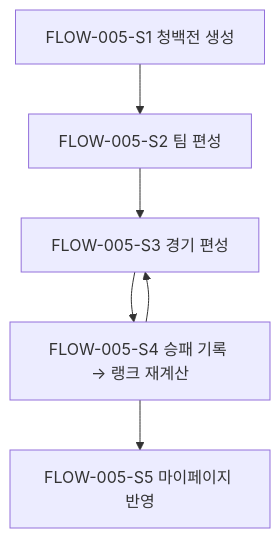
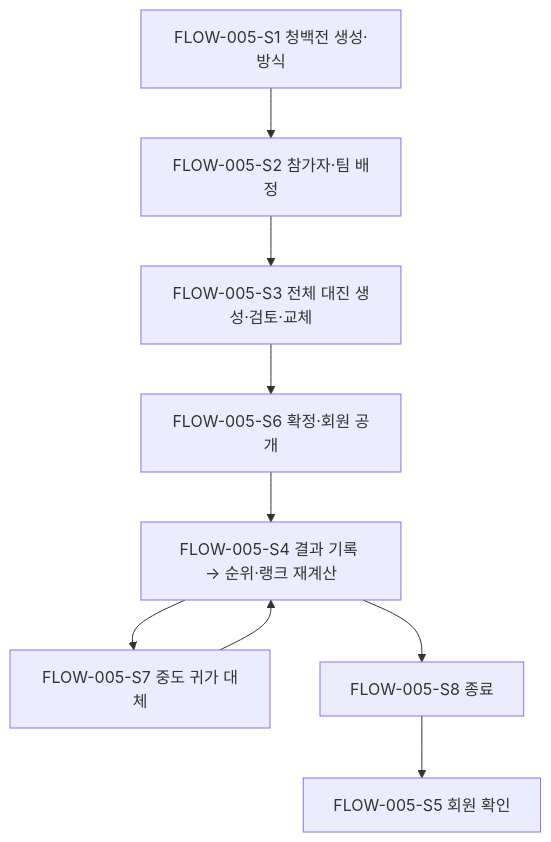
The fifth of 8 diagrams in docs/planning/04-user-flows.md (hoik-ryu/badminton-playbook), drawn with Mermaid before and after one commit. The commit also changed other lines of this file and 5 other files, not shown here.

````diff
--- a/docs/planning/04-user-flows.md
+++ b/docs/planning/04-user-flows.md
@@ -154,8 +171,11 @@
 ```mermaid
 flowchart TD
-  S1[FLOW-005-S1 청백전 생성] --> S2[FLOW-005-S2 팀 편성]
-  S2 --> S3[FLOW-005-S3 경기 편성]
-  S3 --> S4[FLOW-005-S4 승패 기록 → 랭크 재계산]
-  S4 --> S3
-  S4 --> S5[FLOW-005-S5 마이페이지 반영]
+  S1[FLOW-005-S1 청백전 생성·방식] --> S2[FLOW-005-S2 참가자·팀 배정]
+  S2 --> S3[FLOW-005-S3 전체 대진 생성·검토·교체]
+  S3 --> S6[FLOW-005-S6 확정·회원 공개]
+  S6 --> S4[FLOW-005-S4 결과 기록 → 순위·랭크 재계산]
+  S4 --> S7[FLOW-005-S7 중도 귀가 대체]
+  S7 --> S4
+  S4 --> S8[FLOW-005-S8 종료]
+  S8 --> S5[FLOW-005-S5 회원 확인]
 ```
````
